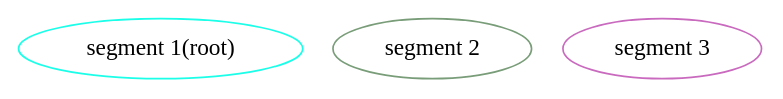
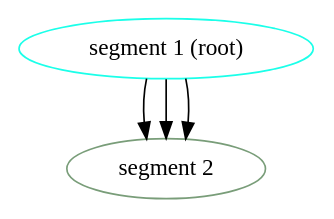
One commit to anoop-rehman/utmist-virtual-creatures-II-copy changed the diagram in Assets/Scripts/GraphVisualization/TestGraph3.dot. Above: the diagram before and after it, drawn with Graphviz. The commit also changed 2 other files, not shown here.

```diff
--- a/Assets/Scripts/GraphVisualization/TestGraph3.dot
+++ b/Assets/Scripts/GraphVisualization/TestGraph3.dot
@@ -1,4 +1,7 @@
 // digraph g {body -> head; body -> limb; body -> limb; body -> limb; body -> limb; limb -> limb;}
 // digraph g {1 [label="segment 1 (root)", color="#40e0d0"]; 2 [label="segment 2"]; 3 [label="segment 3"]; }
 
-digraph g {1 [label="segment 1(root)", color="#1BFFE9"]; 2 [label="segment 2", color ="#799D79"]; 3 [label="segment 3", color ="#C96ABF"]; }
+// digraph g {1 [label="segment 1 (root)", color="#1BFFE9"]; 2 [label="segment 2", color ="#799D79"]; 3 [label="segment 3", color ="#C96ABF"]; 1 -> 2; 1-> 2; 1-> 3;}
+
+//digraph g {1 [label="segment 1 (root)", color="#1BFFE9"]; 2 [label="segment 2", color ="#799D79"]; 3 [label="segment 3", color ="#8C6C9A"]; 1 -> 2; 1 -> 2; 2 -> 3; }
+digraph g {1 [label="segment 1 (root)", color="#1BFFE9"]; 2 [label="segment 2", color ="#799D79"]; 1 -> 2; 1 -> 2; 1 -> 2; }
```
